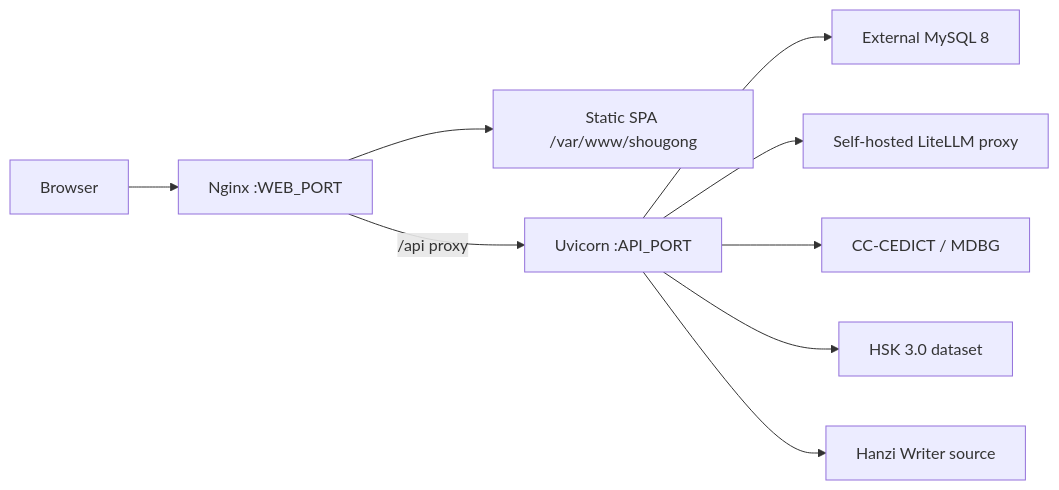
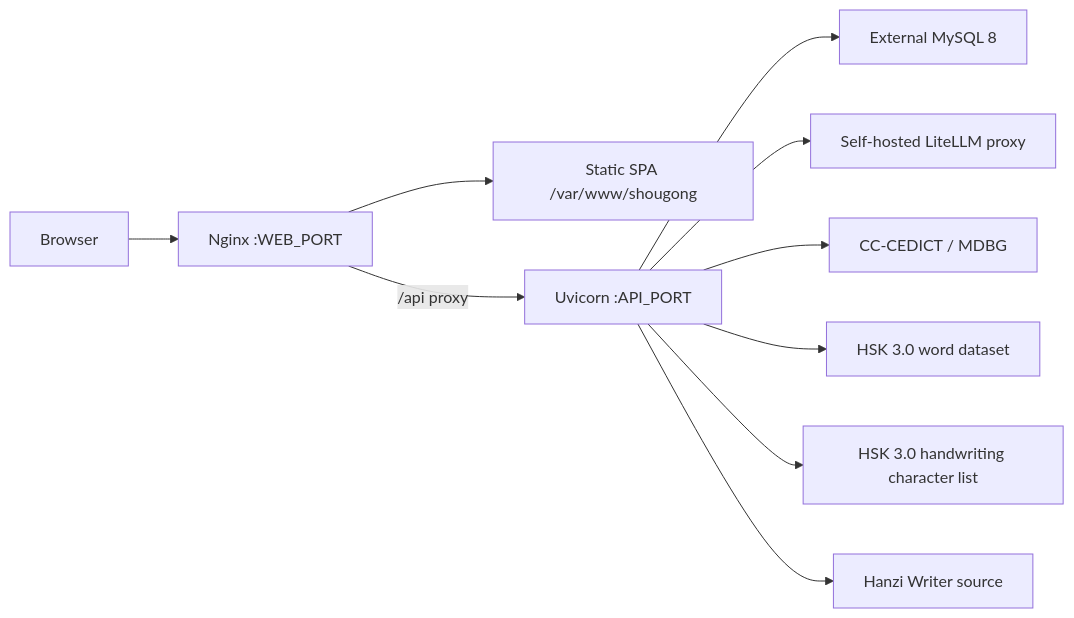
One commit to luiznaac/shougong changed the fifth of 5 diagrams in docs/02-architecture.md. Above: the diagram before and after it, drawn with Mermaid. The commit also changed other lines of this file and 38 other files, not shown here.

Commit message:
Store character writing levels and expose both HSK levels (#206)

````diff
--- a/docs/02-architecture.md
+++ b/docs/02-architecture.md
@@ -134,11 +134,12 @@
 ```mermaid
 flowchart LR
     User[Browser] --> Nginx[Nginx :WEB_PORT]
     Nginx --> SPA[Static SPA /var/www/shougong]
     Nginx -->|/api proxy| Uvicorn[Uvicorn :API_PORT]
     Uvicorn --> MySQL[External MySQL 8]
     Uvicorn --> LiteLLM[Self-hosted LiteLLM proxy]
     Uvicorn --> CEDICT[CC-CEDICT / MDBG]
-    Uvicorn --> HSK[HSK 3.0 dataset]
+    Uvicorn --> HSK[HSK 3.0 word dataset]
+    Uvicorn --> HSKCHARS[HSK 3.0 handwriting character list]
     Uvicorn --> HZW[Hanzi Writer source]
 ```
````
